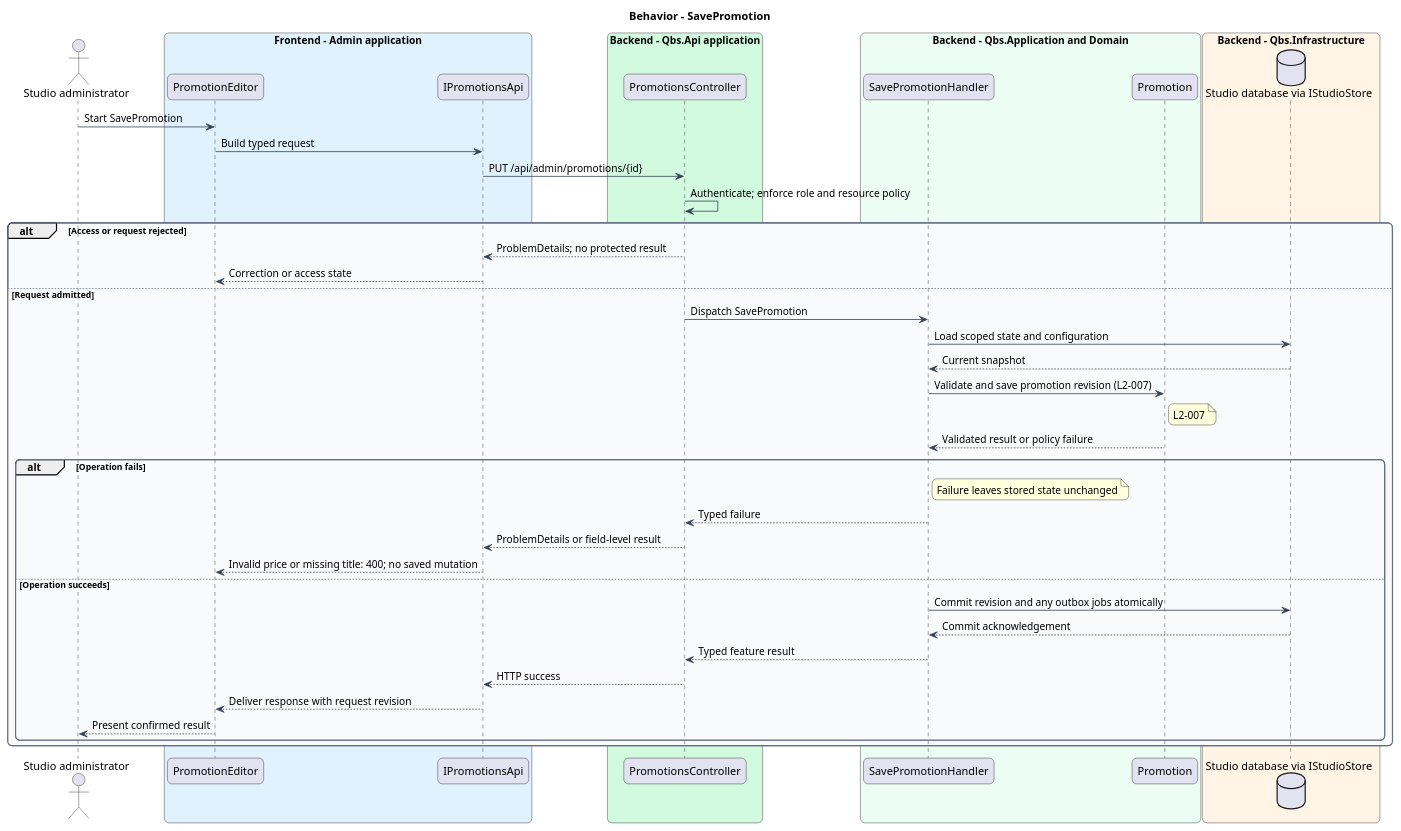
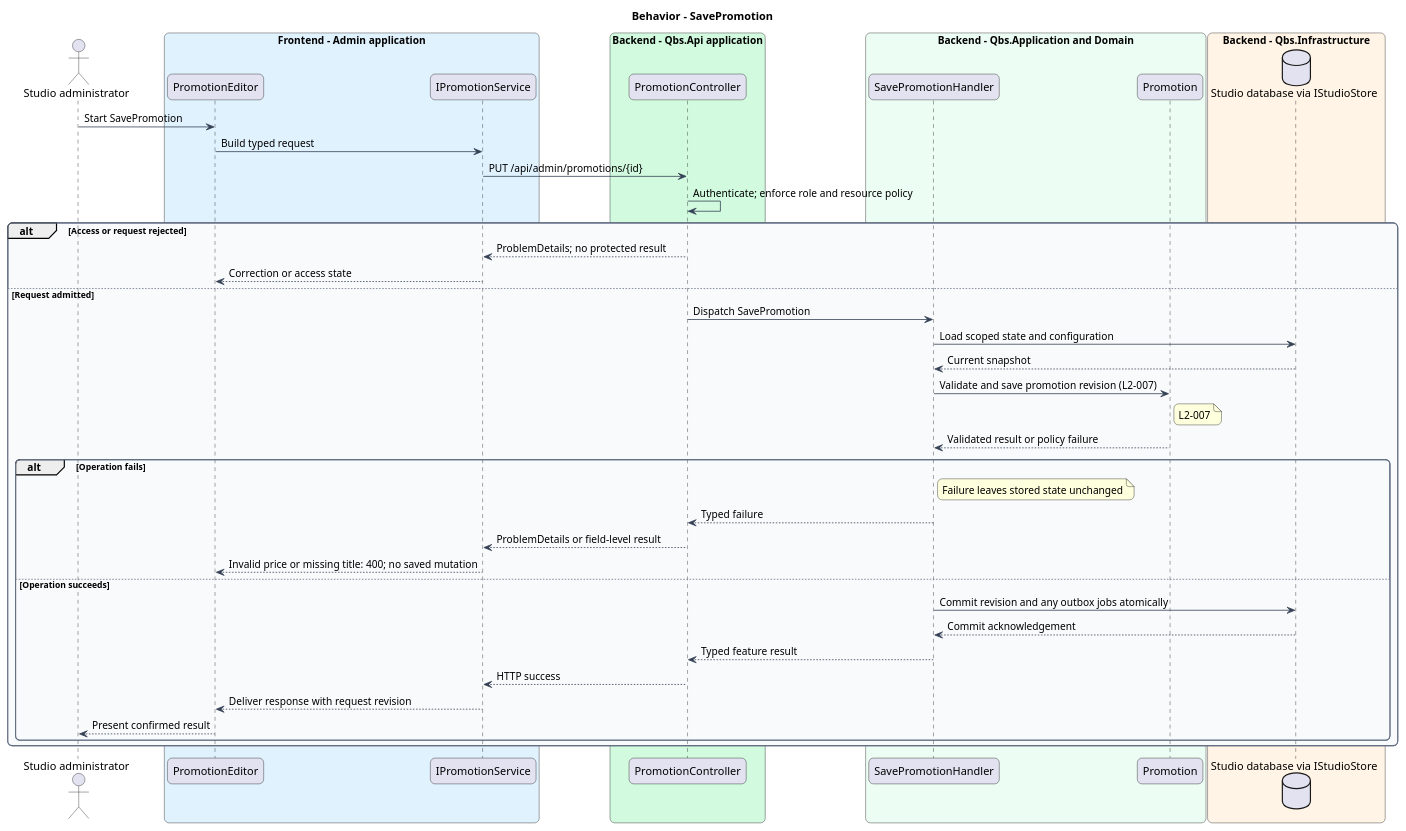
One commit to QuinntyneBrown/quinntyne-brown-studio changed the diagram in docs/detailed-designs/public-presentation/publish-promotions/diagrams/sequence-save-promotion.puml. Above: the diagram before and after it, drawn with PlantUML. The commit also changed 236 other files, not shown here.

```diff
--- a/docs/detailed-designs/public-presentation/publish-promotions/diagrams/sequence-save-promotion.puml
+++ b/docs/detailed-designs/public-presentation/publish-promotions/diagrams/sequence-save-promotion.puml
@@ -1,62 +1,62 @@
 @startuml
 skinparam backgroundColor #FFFFFF
 skinparam shadowing false
 skinparam roundcorner 12
 skinparam defaultFontName Arial
 skinparam ArrowColor #344054
 skinparam rectangle {
   BorderColor #344054
   FontColor #101828
 }
 skinparam package {
   BorderColor #667085
   FontColor #101828
   BackgroundColor #F9FAFB
 }
 title Behavior - SavePromotion
 actor "Studio administrator" as actor
 box "Frontend - Admin application" #E0F2FE
  participant "PromotionEditor" as page
- participant "IPromotionsApi" as client
+ participant "IPromotionService" as client
 end box
 box "Backend - Qbs.Api application" #D1FADF
- participant "PromotionsController" as controller
+ participant "PromotionController" as controller
 end box
 box "Backend - Qbs.Application and Domain" #ECFDF3
  participant "SavePromotionHandler" as handler
  participant "Promotion" as entity
 end box
 box "Backend - Qbs.Infrastructure" #FFF4E5
  database "Studio database via IStudioStore" as db
 end box
 actor -> page : Start SavePromotion
 page -> client : Build typed request
 client -> controller : PUT /api/admin/promotions/{id}
 controller -> controller : Authenticate; enforce role and resource policy
 alt Access or request rejected
 controller --> client : ProblemDetails; no protected result
 client --> page : Correction or access state
 else Request admitted
 controller -> handler : Dispatch SavePromotion
 handler -> db : Load scoped state and configuration
 db --> handler : Current snapshot
 handler -> entity : Validate and save promotion revision (L2-007)
 note right of entity
 L2-007
 end note
 entity --> handler : Validated result or policy failure
 alt Operation fails
 note right of handler : Failure leaves stored state unchanged
 handler --> controller : Typed failure
 controller --> client : ProblemDetails or field-level result
 client --> page : Invalid price or missing title: 400; no saved mutation
 else Operation succeeds
 handler -> db : Commit revision and any outbox jobs atomically
 db --> handler : Commit acknowledgement
 handler --> controller : Typed feature result
 controller --> client : HTTP success
 client --> page : Deliver response with request revision
 page --> actor : Present confirmed result
 end
 end
 @enduml
```
